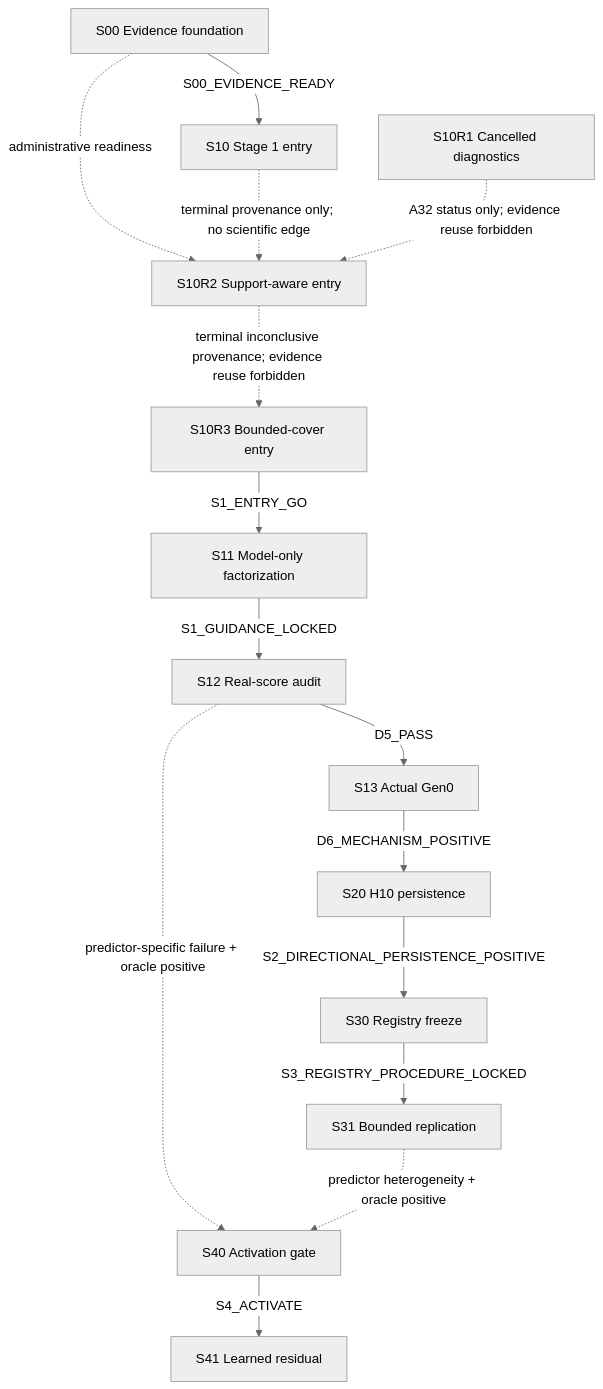
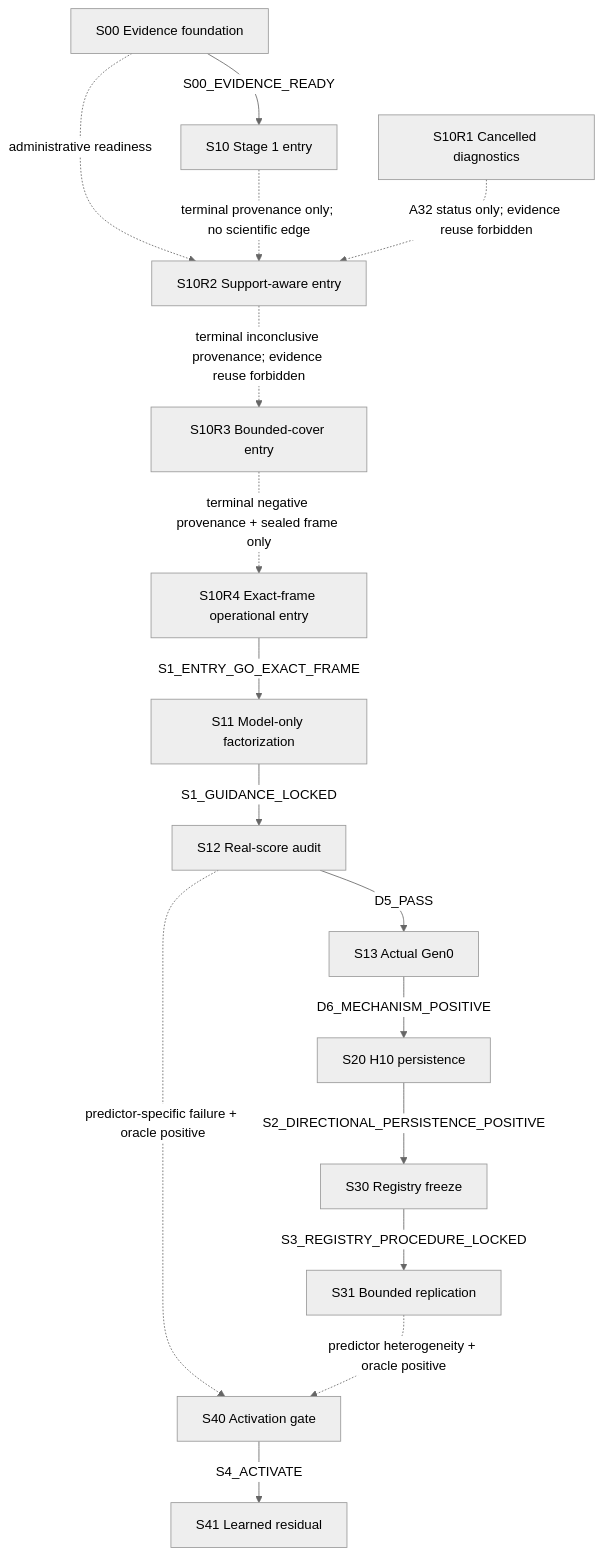
Before and after one commit to ppalee1217/rocm-libraries: the diagram in study_docs/research/ductile-origami-warmstart/README.md, drawn with Mermaid (neutral theme). The commit also changed other lines of this file and 5 other files, not shown here.

Commit message:
study: authorize S10R4 exact-frame recovery

````diff
--- a/study_docs/research/ductile-origami-warmstart/README.md
+++ b/study_docs/research/ductile-origami-warmstart/README.md
@@ -98,31 +103,33 @@
 ```mermaid
 flowchart TD
   s00["S00 Evidence foundation"]
   s10["S10 Stage 1 entry"]
   s10r1["S10R1 Cancelled diagnostics"]
   s10r2["S10R2 Support-aware entry"]
   s10r3["S10R3 Bounded-cover entry"]
+  s10r4["S10R4 Exact-frame operational entry"]
   s11["S11 Model-only factorization"]
   s12["S12 Real-score audit"]
   s13["S13 Actual Gen0"]
   s20["S20 H10 persistence"]
   s30["S30 Registry freeze"]
   s31["S31 Bounded replication"]
   s40["S40 Activation gate"]
   s41["S41 Learned residual"]
 
   s00 -->|"S00_EVIDENCE_READY"| s10
   s00 -. "administrative readiness" .-> s10r2
   s10 -. "terminal provenance only; no scientific edge" .-> s10r2
   s10r1 -. "A32 status only; evidence reuse forbidden" .-> s10r2
   s10r2 -. "terminal inconclusive provenance; evidence reuse forbidden" .-> s10r3
-  s10r3 -->|"S1_ENTRY_GO"| s11
+  s10r3 -. "terminal negative provenance + sealed frame only" .-> s10r4
+  s10r4 -->|"S1_ENTRY_GO_EXACT_FRAME"| s11
   s11 -->|"S1_GUIDANCE_LOCKED"| s12
   s12 -->|"D5_PASS"| s13
   s13 -->|"D6_MECHANISM_POSITIVE"| s20
   s20 -->|"S2_DIRECTIONAL_PERSISTENCE_POSITIVE"| s30
   s30 -->|"S3_REGISTRY_PROCEDURE_LOCKED"| s31
   s12 -.->|"predictor-specific failure + oracle positive"| s40
   s31 -.->|"predictor heterogeneity + oracle positive"| s40
   s40 -->|"S4_ACTIVATE"| s41
 ```
````
